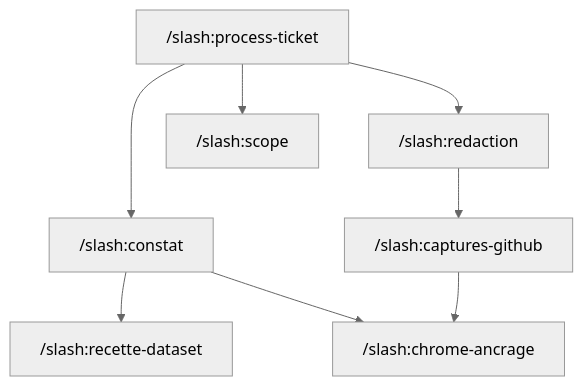
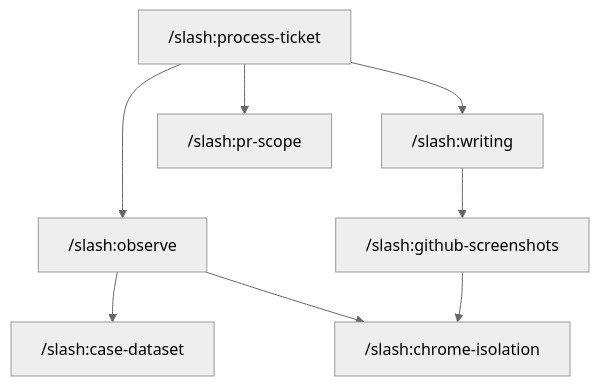
The second of 2 diagrams in README.md (vinslash/claude-custom), drawn with Mermaid (neutral theme) before and after one commit. The commit also changed other lines of this file and 27 other files, not shown here.

````diff
--- a/README.md
+++ b/README.md
@@ -98,18 +98,18 @@
 ```mermaid
 flowchart TD
     pt["/slash:process-ticket"]
-    co["/slash:constat"]
-    re["/slash:redaction"]
-    rd["/slash:recette-dataset"]
-    sc["/slash:scope"]
-    cg["/slash:captures-github"]
-    ca["/slash:chrome-ancrage"]
+    co["/slash:observe"]
+    re["/slash:writing"]
+    rd["/slash:case-dataset"]
+    sc["/slash:pr-scope"]
+    cg["/slash:github-screenshots"]
+    ca["/slash:chrome-isolation"]
 
     pt --> co
     pt --> re
     pt --> sc
     co --> rd
     co --> ca
     re --> cg
     cg --> ca
 ```
````
